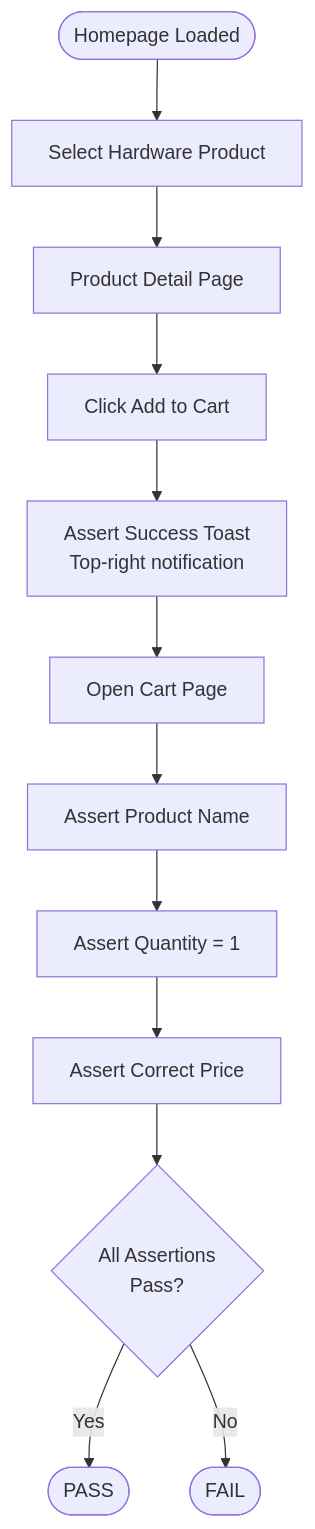
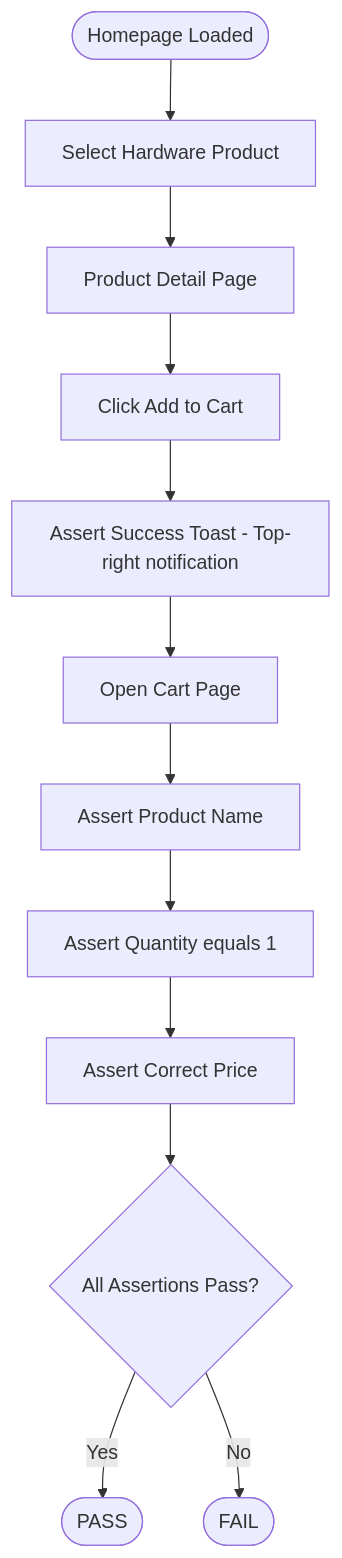
One commit to ron457/Cucumber-Test-Ophelia changed the ninth of 15 diagrams in rchitecture.md. Above: the diagram before and after it, drawn with Mermaid. The commit also changed other lines of this file, not shown here.

````diff
--- a/rchitecture.md
+++ b/rchitecture.md
@@ -246,14 +242,14 @@
 ```mermaid
 flowchart TD
     A([Homepage Loaded]) --> B[Select Hardware Product]
     B --> C[Product Detail Page]
     C --> D[Click Add to Cart]
-    D --> E[Assert Success Toast\nTop-right notification]
+    D --> E[Assert Success Toast - Top-right notification]
     E --> F[Open Cart Page]
     F --> G[Assert Product Name]
-    G --> H[Assert Quantity = 1]
+    G --> H[Assert Quantity equals 1]
     H --> I[Assert Correct Price]
-    I --> J{All Assertions\nPass?}
+    I --> J{All Assertions Pass?}
     J -->|Yes| K([PASS])
     J -->|No| L([FAIL])
 ```
````
